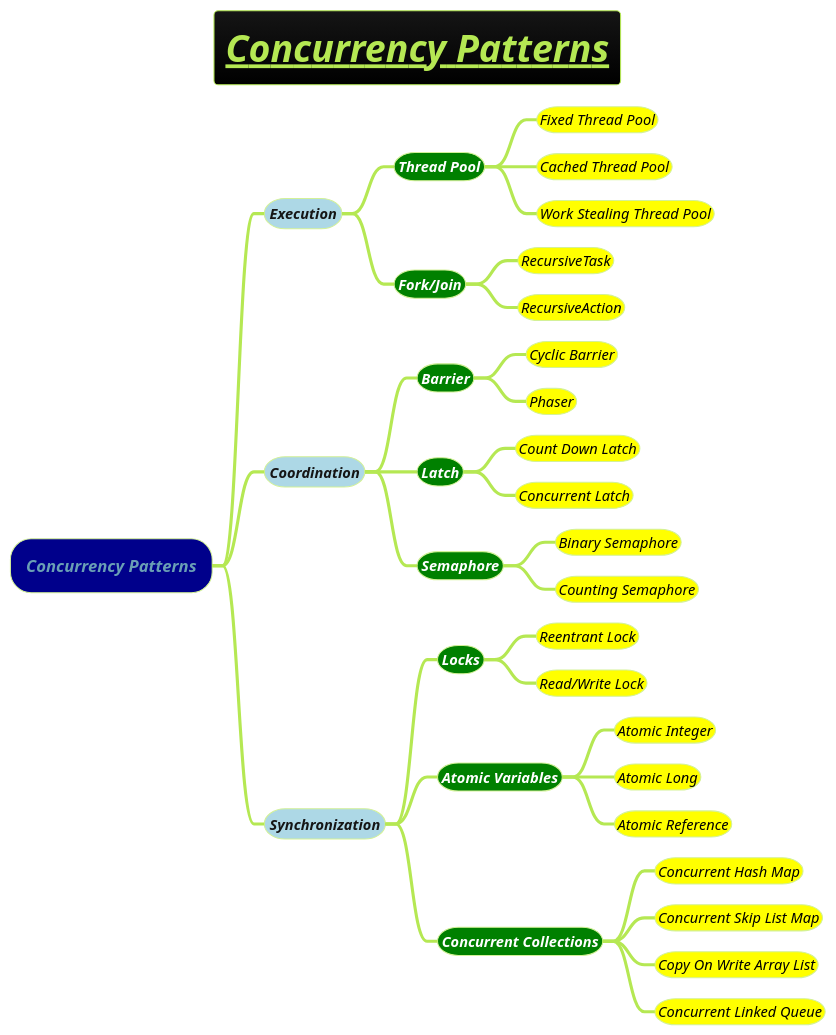
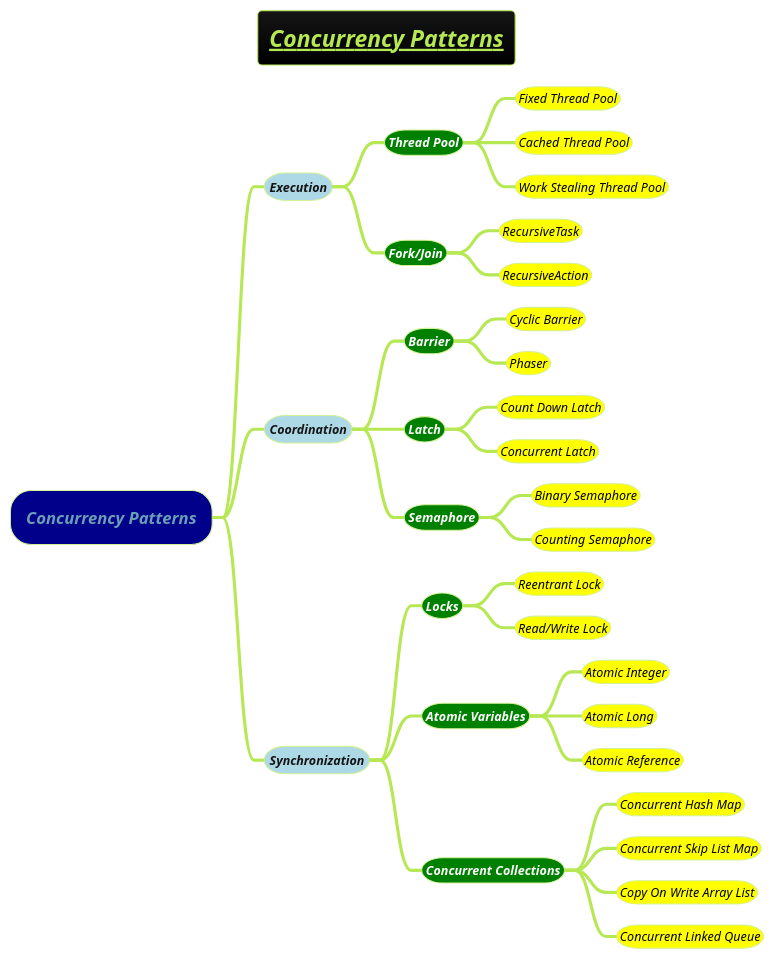
One commit to MehmoodHashmi/Documentation-as-Code-DaC changed the diagram in docs/3-programming-languages/Venkat-Subramaniam/Concurrency-and-Parallelism/Concurrency-Patterns.puml. Above: the diagram before and after it, drawn with PlantUML. The commit also changed 5 other files, not shown here.

```diff
--- a/docs/3-programming-languages/Venkat-Subramaniam/Concurrency-and-Parallelism/Concurrency-Patterns.puml
+++ b/docs/3-programming-languages/Venkat-Subramaniam/Concurrency-and-Parallelism/Concurrency-Patterns.puml
@@ -1,37 +1,37 @@
 @startmindmap
-title =<i><b><u>Concurrency Patterns
+title =<i><b><u><size:18>Concurrency Patterns
 !theme hacker
 
 *[#darkblue] <i>Concurrency Patterns
-**[#lightblue] <i><color #blac><size:14>Execution
-***[#green] <b><i><color #white><size:14>Thread Pool
-****[#yellow] <i><color #black><size:14>Fixed Thread Pool
-****[#yellow] <i><color #black><size:14>Cached Thread Pool
-****[#yellow] <i><color #black><size:14>Work Stealing Thread Pool
-***[#green] <b><i><color #white><size:14>Fork/Join
-****[#yellow] <i><color #black><size:14>RecursiveTask
-****[#yellow] <i><color #black><size:14>RecursiveAction
-**[#lightblue] <i><color #blac><size:14>Coordination
-***[#green] <b><i><color #white><size:14>Barrier
-****[#yellow] <i><color #black><size:14>Cyclic Barrier
-****[#yellow] <i><color #black><size:14>Phaser
-***[#green] <b><i><color #white><size:14>Latch
-****[#yellow] <i><color #black><size:14>Count Down Latch
-****[#yellow] <i><color #black><size:14>Concurrent Latch
-***[#green] <b><i><color #white><size:14>Semaphore
-****[#yellow] <i><color #black><size:14>Binary Semaphore
-****[#yellow] <i><color #black><size:14>Counting Semaphore
-**[#lightblue] <i><color #blac><size:14>Synchronization
-***[#green] <b><i><color #white><size:14>Locks
-****[#yellow] <i><color #black><size:14>Reentrant Lock
-****[#yellow] <i><color #black><size:14>Read/Write Lock
-***[#green] <b><i><color #white><size:14>Atomic Variables
-****[#yellow] <i><color #black><size:14>Atomic Integer
-****[#yellow] <i><color #black><size:14>Atomic Long
-****[#yellow] <i><color #black><size:14>Atomic Reference
-***[#green] <b><i><color #white><size:14>Concurrent Collections
-****[#yellow] <i><color #black><size:14>Concurrent Hash Map
-****[#yellow] <i><color #black><size:14>Concurrent Skip List Map
-****[#yellow] <i><color #black><size:14>Copy On Write Array List
-****[#yellow] <i><color #black><size:14>Concurrent Linked Queue
+**[#lightblue] <i><color #blac><size:12>Execution
+***[#green] <b><i><color #white><size:12>Thread Pool
+****[#yellow] <i><color #black><size:12>Fixed Thread Pool
+****[#yellow] <i><color #black><size:12>Cached Thread Pool
+****[#yellow] <i><color #black><size:12>Work Stealing Thread Pool
+***[#green] <b><i><color #white><size:12>Fork/Join
+****[#yellow] <i><color #black><size:12>RecursiveTask
+****[#yellow] <i><color #black><size:12>RecursiveAction
+**[#lightblue] <i><color #blac><size:12>Coordination
+***[#green] <b><i><color #white><size:12>Barrier
+****[#yellow] <i><color #black><size:12>Cyclic Barrier
+****[#yellow] <i><color #black><size:12>Phaser
+***[#green] <b><i><color #white><size:12>Latch
+****[#yellow] <i><color #black><size:12>Count Down Latch
+****[#yellow] <i><color #black><size:12>Concurrent Latch
+***[#green] <b><i><color #white><size:12>Semaphore
+****[#yellow] <i><color #black><size:12>Binary Semaphore
+****[#yellow] <i><color #black><size:12>Counting Semaphore
+**[#lightblue] <i><color #blac><size:12>Synchronization
+***[#green] <b><i><color #white><size:12>Locks
+****[#yellow] <i><color #black><size:12>Reentrant Lock
+****[#yellow] <i><color #black><size:12>Read/Write Lock
+***[#green] <b><i><color #white><size:12>Atomic Variables
+****[#yellow] <i><color #black><size:12>Atomic Integer
+****[#yellow] <i><color #black><size:12>Atomic Long
+****[#yellow] <i><color #black><size:12>Atomic Reference
+***[#green] <b><i><color #white><size:12>Concurrent Collections
+****[#yellow] <i><color #black><size:12>Concurrent Hash Map
+****[#yellow] <i><color #black><size:12>Concurrent Skip List Map
+****[#yellow] <i><color #black><size:12>Copy On Write Array List
+****[#yellow] <i><color #black><size:12>Concurrent Linked Queue
 @endmindmap
```
